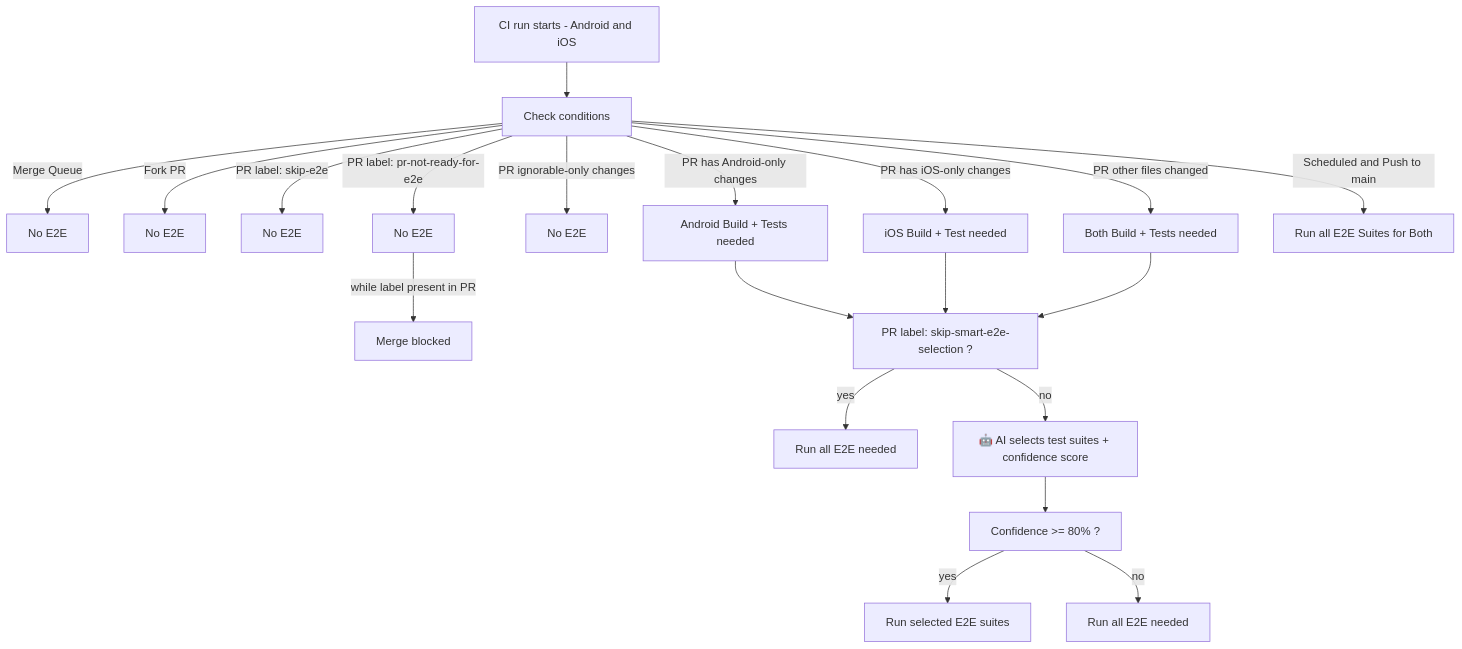
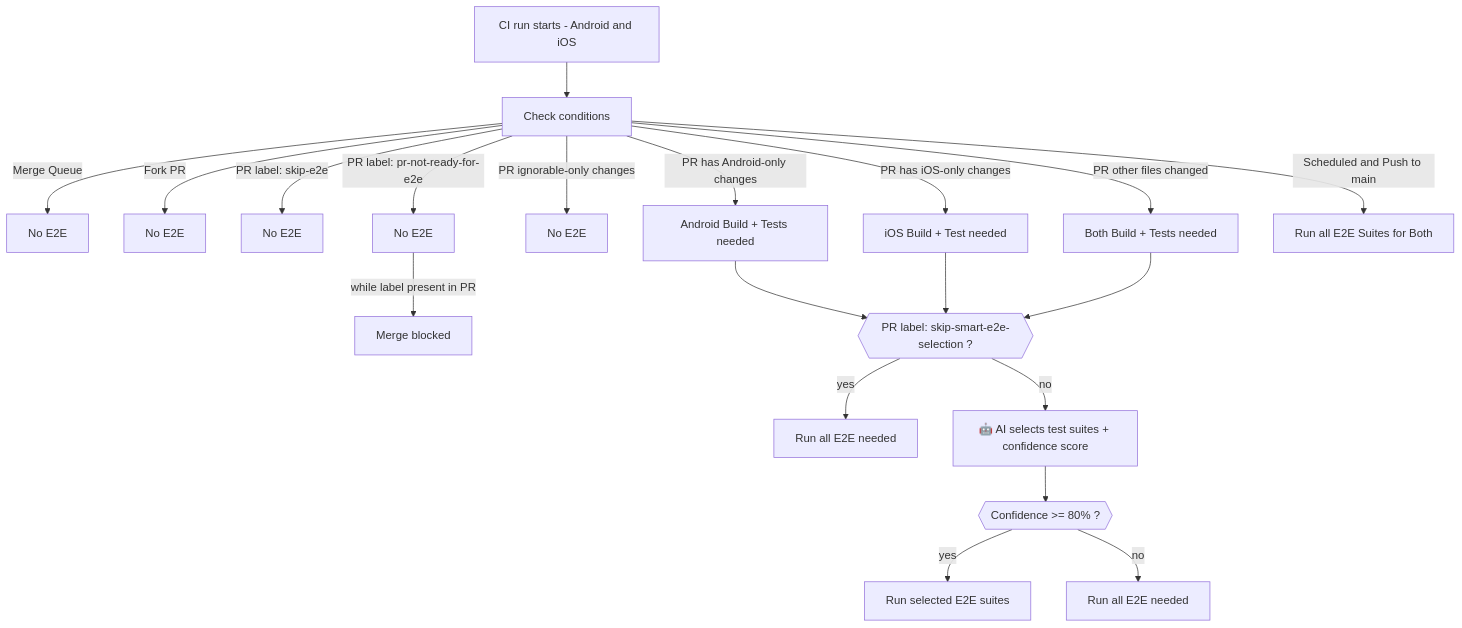
Before and after one commit to MetaMask/metamask-mobile: the diagram in .github/guidelines/E2E_DECISION_TREE.md, drawn with Mermaid. The commit also changed 3 other files, not shown here.

````diff
--- a/.github/guidelines/E2E_DECISION_TREE.md
+++ b/.github/guidelines/E2E_DECISION_TREE.md
@@ -5,21 +5,21 @@
 ```mermaid
 flowchart TD
     CI[CI run starts - Android and iOS] --> GR[Check conditions]
     GR -->|Merge Queue | MQ[No E2E]
     GR -->|Fork PR| FK[No E2E]
     GR -->|PR label: skip-e2e| HS[No E2E]
     GR -->|PR label: pr-not-ready-for-e2e| L2[No E2E]
     L2 -->|while label present in PR| Skip2[Merge blocked]
     GR -->|PR ignorable-only changes| Ignorable[No E2E]
     GR -->|PR has Android-only changes| Android[Android Build + Tests needed]
     GR -->|PR has iOS-only changes| iOS[iOS Build + Test needed]
     GR -->|PR other files changed| Both[Both Build + Tests needed]
     GR -->|Scheduled and Push to main | Full[Run all E2E Suites for Both]
 
-    Android & iOS & Both --> LABEL[PR label: skip-smart-e2e-selection ?]
+    Android & iOS & Both --> LABEL{{PR label: skip-smart-e2e-selection ?}}
     LABEL -->|yes| AllTags[Run all E2E needed]
     LABEL -->|no| AI[🤖 AI selects test suites + confidence score]
-    AI --> CONF[Confidence >= 80% ?]
+    AI --> CONF{{Confidence >= 80% ?}}
     CONF -->|yes| SelectedTags[Run selected E2E suites]
     CONF -->|no| AllTagsFallback[Run all E2E needed]
 ```
````
